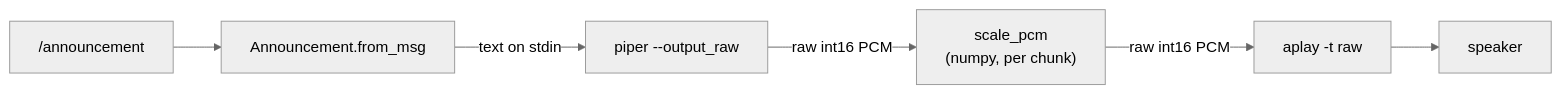
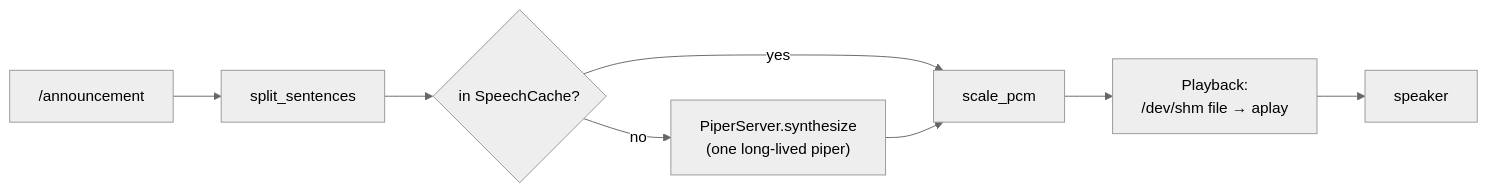
Before and after one commit to Boston-Robot-Hackers/dome_voice: the first of 2 diagrams in process/01-literate/04-speech_output_node.md, drawn with Mermaid (neutral theme). The commit also changed other lines of this file and 9 other files, not shown here.

First line of the commit message:
F15 TF15.1: one long-lived Piper, sentence pipeline, sentence cache

````diff
--- a/process/01-literate/04-speech_output_node.md
+++ b/process/01-literate/04-speech_output_node.md
@@ -14,8 +14,10 @@
 ```mermaid
 flowchart LR
-    A["/announcement"] --> B[Announcement.from_msg]
-    B -->|text on stdin| C["piper --output_raw"]
-    C -->|raw int16 PCM| D["scale_pcm<br/>(numpy, per chunk)"]
-    D -->|raw int16 PCM| E["aplay -t raw"]
-    E --> F[speaker]
+    A["/announcement"] --> B[split_sentences]
+    B --> C{in SpeechCache?}
+    C -- yes --> E[scale_pcm]
+    C -- no --> D["PiperServer.synthesize<br/>(one long-lived piper)"]
+    D --> E
+    E --> F["Playback:<br/>/dev/shm file → aplay"]
+    F --> G[speaker]
 ```
````
